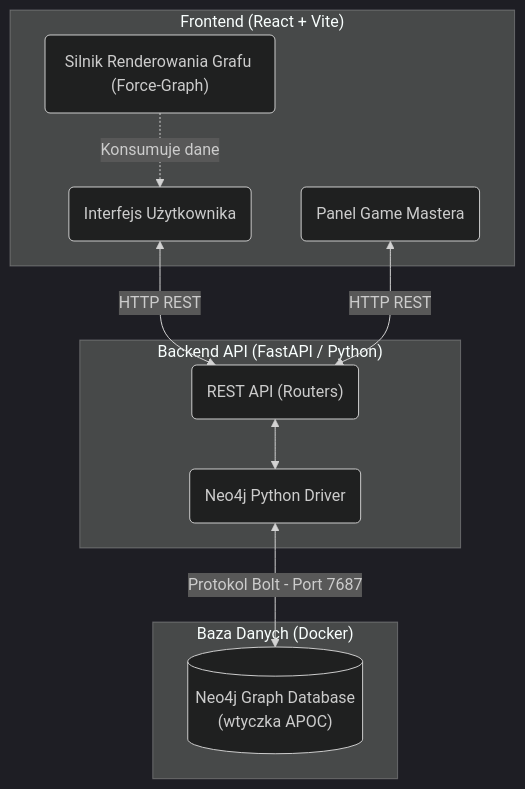
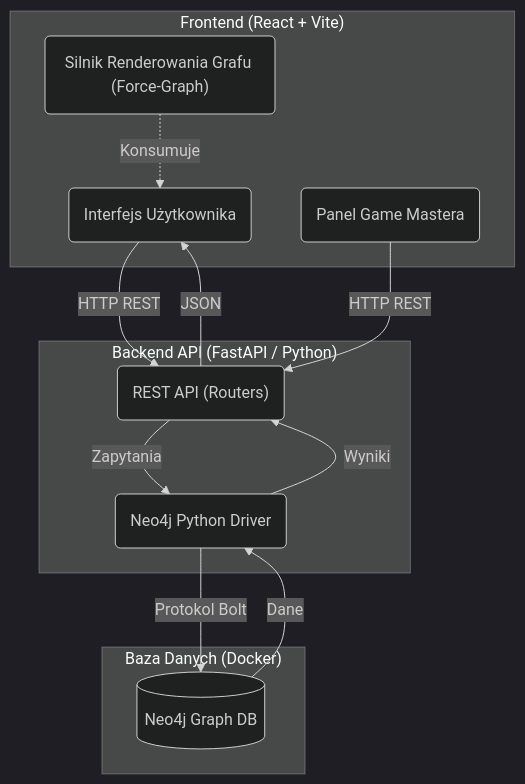
Before and after one commit to kurliko/RPG-graph-project: the second of 3 diagrams in README.md, drawn with Mermaid (dark theme).

Commit message:
docs(project): simplify Mermaid component diagram syntax to maximize parser compatibility

````diff
--- a/README.md
+++ b/README.md
@@ -160,25 +160,31 @@
 ```mermaid
 flowchart TD
     %% Komponenty
     subgraph Frontend["Frontend (React + Vite)"]
         UI("Interfejs Użytkownika")
         GM_Panel("Panel Game Mastera")
         Canvas("Silnik Renderowania Grafu (Force-Graph)")
     end
 
     subgraph Backend["Backend API (FastAPI / Python)"]
         API("REST API (Routers)")
         Neo4j_Driver("Neo4j Python Driver")
     end
 
     subgraph Database["Baza Danych (Docker)"]
-        Neo4j[("Neo4j Graph Database\n(wtyczka APOC)")]
+        Neo4j[("Neo4j Graph DB")]
     end
 
     %% Połączenia
-    UI <-->|HTTP REST| API
-    GM_Panel <-->|HTTP REST| API
-    Canvas -.->|Konsumuje dane| UI
-    API <--> Neo4j_Driver
-    Neo4j_Driver <-->|Protokol Bolt - Port 7687| Neo4j
+    UI -->|HTTP REST| API
+    API -->|JSON| UI
+    
+    GM_Panel -->|HTTP REST| API
+    Canvas -.->|Konsumuje| UI
+    
+    API -->|Zapytania| Neo4j_Driver
+    Neo4j_Driver -->|Wyniki| API
+    
+    Neo4j_Driver -->|Protokol Bolt| Neo4j
+    Neo4j -->|Dane| Neo4j_Driver
 ```
````
